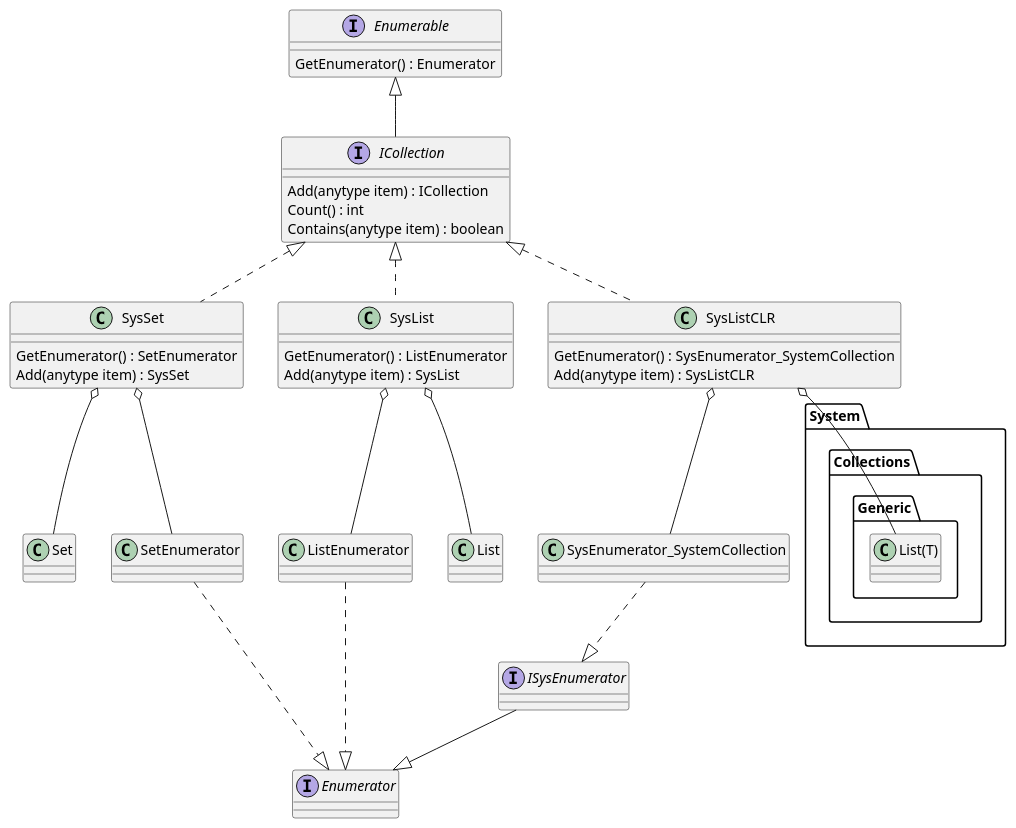
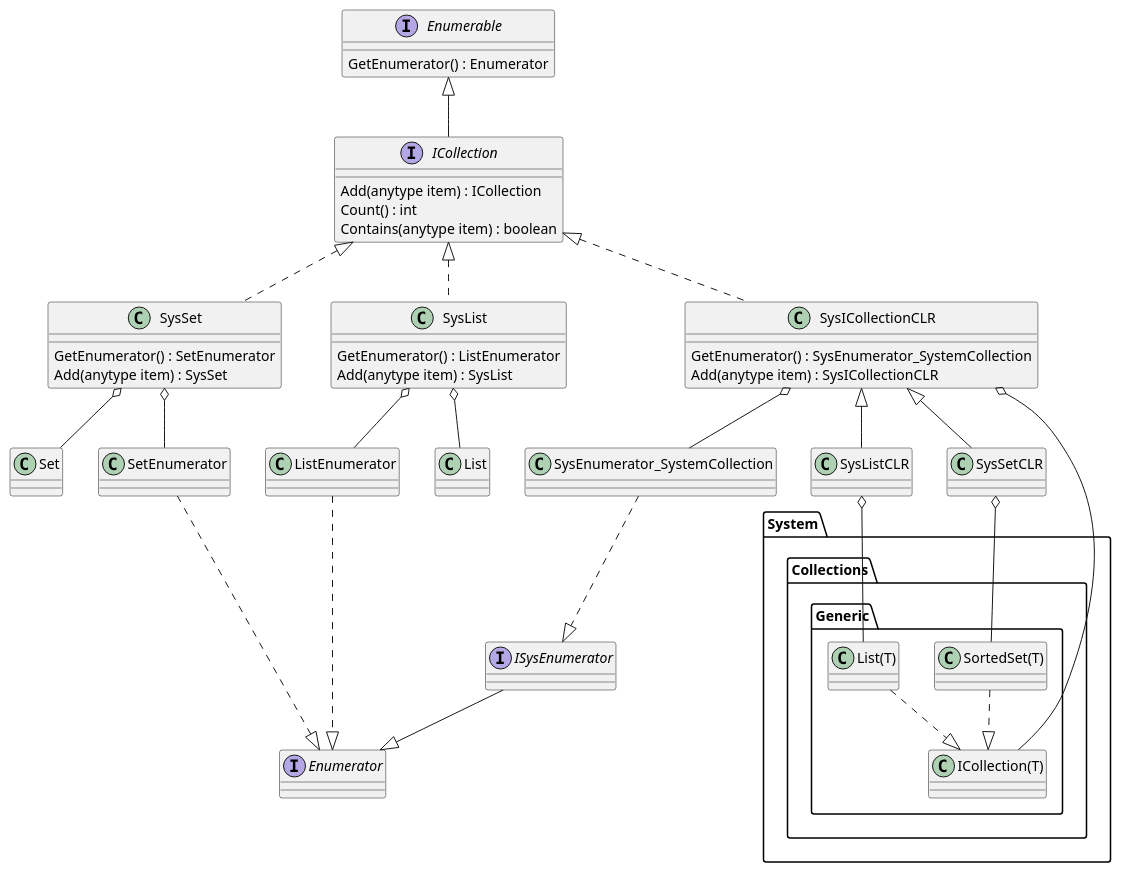
Before and after one commit to d-tolstov/Ax2009-ICollection: the diagram in schema.puml, drawn with PlantUML. The commit also changed 1 other file, not shown here.

Commit message:
Add SysICollectionCLR

```diff
--- a/schema.puml
+++ b/schema.puml
@@ -1,68 +1,78 @@
 @startuml "ICollection"
 
 interface Enumerable{
     GetEnumerator() : Enumerator
 }
 
 interface ICollection{
     Add(anytype item) : ICollection
     Count() : int
     Contains(anytype item) : boolean
 }
 Enumerable <|-- ICollection
 
 class SysSet{
     GetEnumerator() : SetEnumerator
     Add(anytype item) : SysSet
 }
 ICollection <|.. SysSet
 
 class Set{
 }
 SysSet o-- Set
 
 class SetEnumerator{
 }
 SysSet o-- SetEnumerator
 
 class SysList{
     GetEnumerator() : ListEnumerator
     Add(anytype item) : SysList
 }
 ICollection <|.. SysList
 
 class ListEnumerator{
 }
 SysList o-- ListEnumerator
 
 class List{
 }
 SysList o-- List
 
 interface Enumerator{
 }
 SetEnumerator ..|> Enumerator
 ListEnumerator ..|> Enumerator
 
+class SysICollectionCLR{
+    GetEnumerator() : SysEnumerator_SystemCollection
+    Add(anytype item) : SysICollectionCLR
+}
+ICollection <|.. SysICollectionCLR
+
 class SysListCLR{
-    GetEnumerator() : SysEnumerator_SystemCollection
-    Add(anytype item) : SysListCLR
 }
-ICollection <|.. SysListCLR
+SysICollectionCLR <|-- SysListCLR
+
+class SysSetCLR{
+}
+SysICollectionCLR <|-- SysSetCLR
 
 class SysEnumerator_SystemCollection{
 }
-SysListCLR o-- SysEnumerator_SystemCollection
+SysICollectionCLR o-- SysEnumerator_SystemCollection
 
 interface ISysEnumerator{
 }
 SysEnumerator_SystemCollection ..|> ISysEnumerator
 ISysEnumerator --|> Enumerator
 
 package System.Collections.Generic{
-    class List(T){
-    }
+    SysICollectionCLR o-- "ICollection(T)"
     SysListCLR o-- "List(T)"
+    "List(T)" ..|> "ICollection(T)"
+    SysSetCLR o-- "SortedSet(T)"
+    "SortedSet(T)" ..|> "ICollection(T)"
 }
 
 @enduml
```
